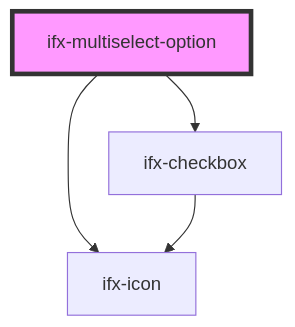
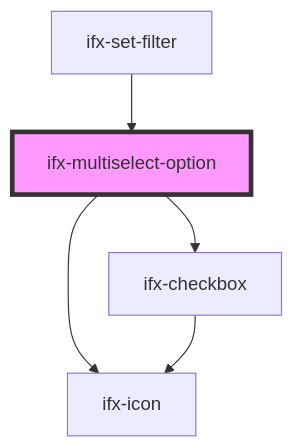
The diagram in packages/components/src/components/select/multi-select/readme.md (Infineon/infineon-design-system-stencil), drawn with Mermaid before and after one commit. The commit also changed other lines of this file and 5 other files, not shown here.

````diff
--- a/packages/components/src/components/select/multi-select/readme.md
+++ b/packages/components/src/components/select/multi-select/readme.md
@@ -26,7 +30,8 @@
 ```mermaid
 graph TD;
   ifx-multiselect-option --> ifx-icon
   ifx-multiselect-option --> ifx-checkbox
   ifx-checkbox --> ifx-icon
+  ifx-set-filter --> ifx-multiselect-option
   style ifx-multiselect-option fill:#f9f,stroke:#333,stroke-width:4px
 ```
````
